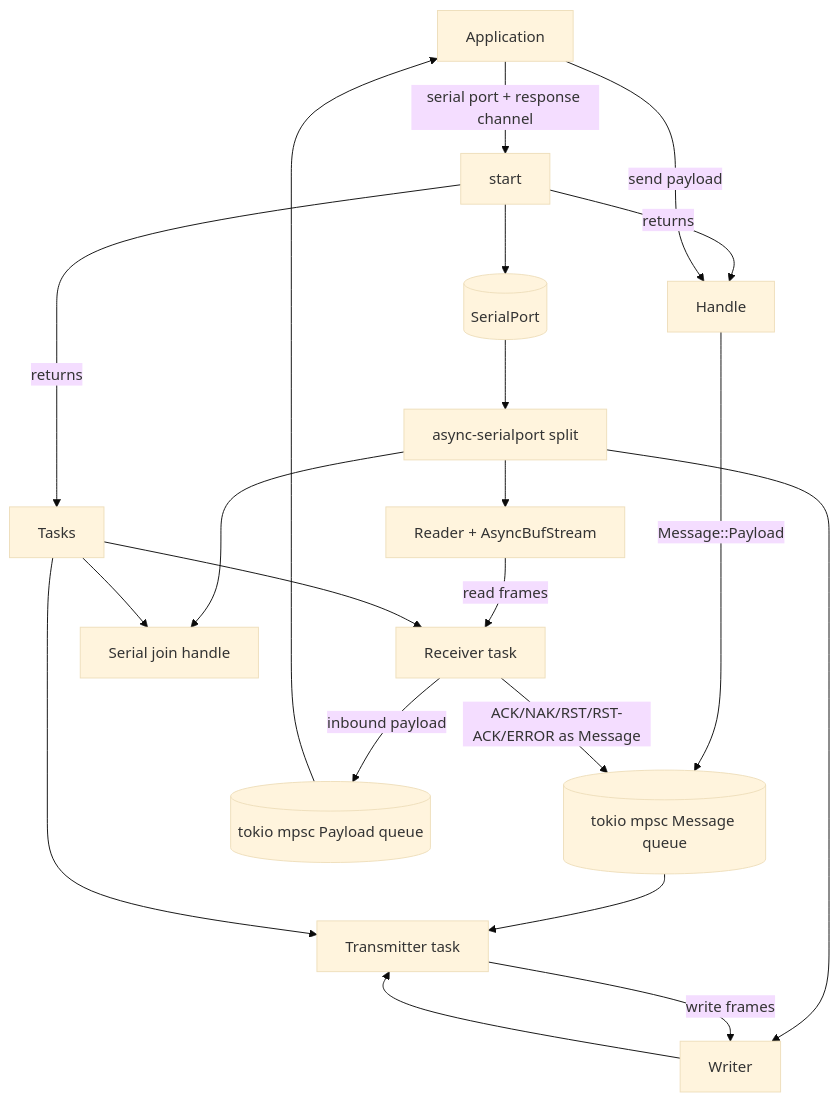
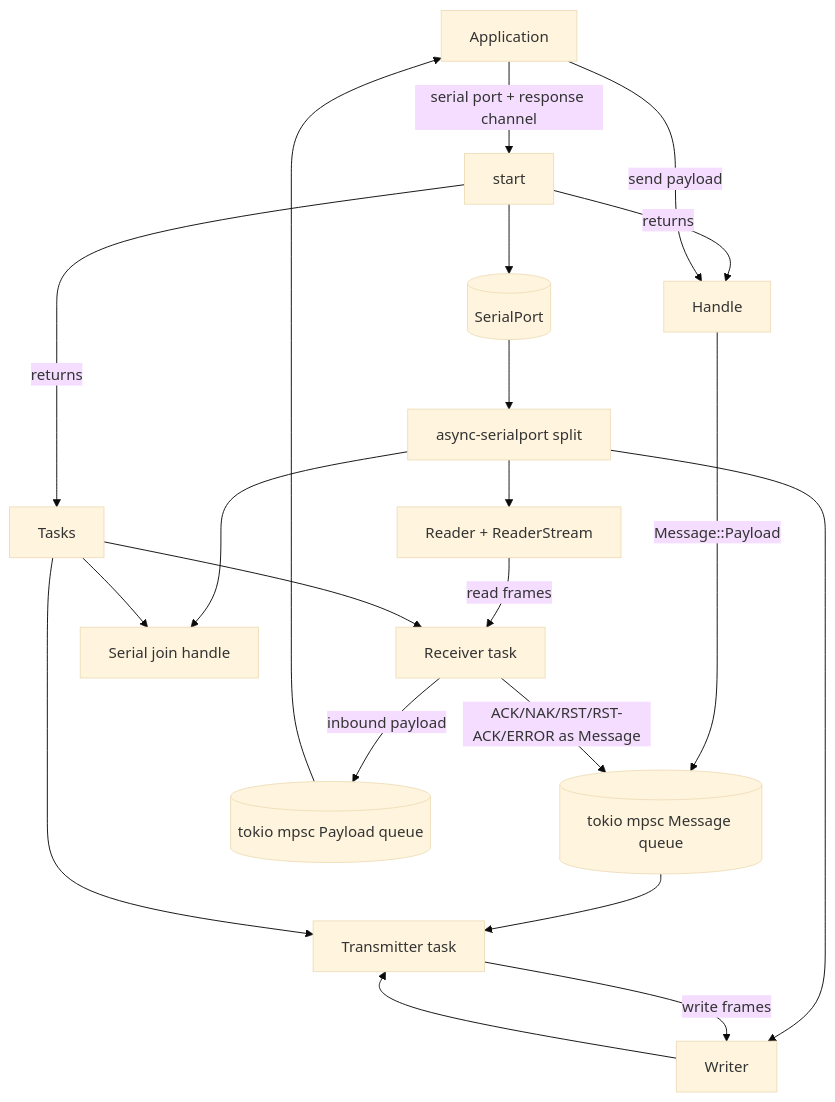
The first of 4 diagrams in ARCHITECTURE.md (PaulmannLighting/ashv2), drawn with Mermaid (base theme) before and after one commit. The commit also changed other lines of this file and 4 other files, not shown here.

Commit message:
Remove AsyncBufStream helper.

````diff
--- a/ARCHITECTURE.md
+++ b/ARCHITECTURE.md
@@ -21,37 +21,37 @@
 ```mermaid
 flowchart TD
     App[Application]
     Start[start]
     Handle[Handle]
     Tasks[Tasks]
     Tx[Transmitter task]
     Rx[Receiver task]
     Split[async-serialport split]
-    Reader[Reader + AsyncBufStream]
+    Reader[Reader + ReaderStream]
     Writer[Writer]
     Join[Serial join handle]
     MsgQ[(tokio mpsc Message queue)]
     RespQ[(tokio mpsc Payload queue)]
     Serial[(SerialPort)]
 
     App -->|serial port + response channel| Start
     Start -->|returns| Handle
     Start -->|returns| Tasks
     Start --> Serial
     App -->|send payload| Handle
     Serial --> Split
     Split --> Reader
     Split --> Writer
     Split --> Join
     Handle -->|Message::Payload| MsgQ
     MsgQ --> Tx
     Writer --> Tx
     Tx -->|write frames| Writer
     Reader -->|read frames| Rx
     Rx -->|inbound payload| RespQ
     RespQ --> App
     Rx -->|ACK/NAK/RST/RST-ACK/ERROR as Message| MsgQ
     Tasks --> Tx
     Tasks --> Rx
     Tasks --> Join
 ```
````
